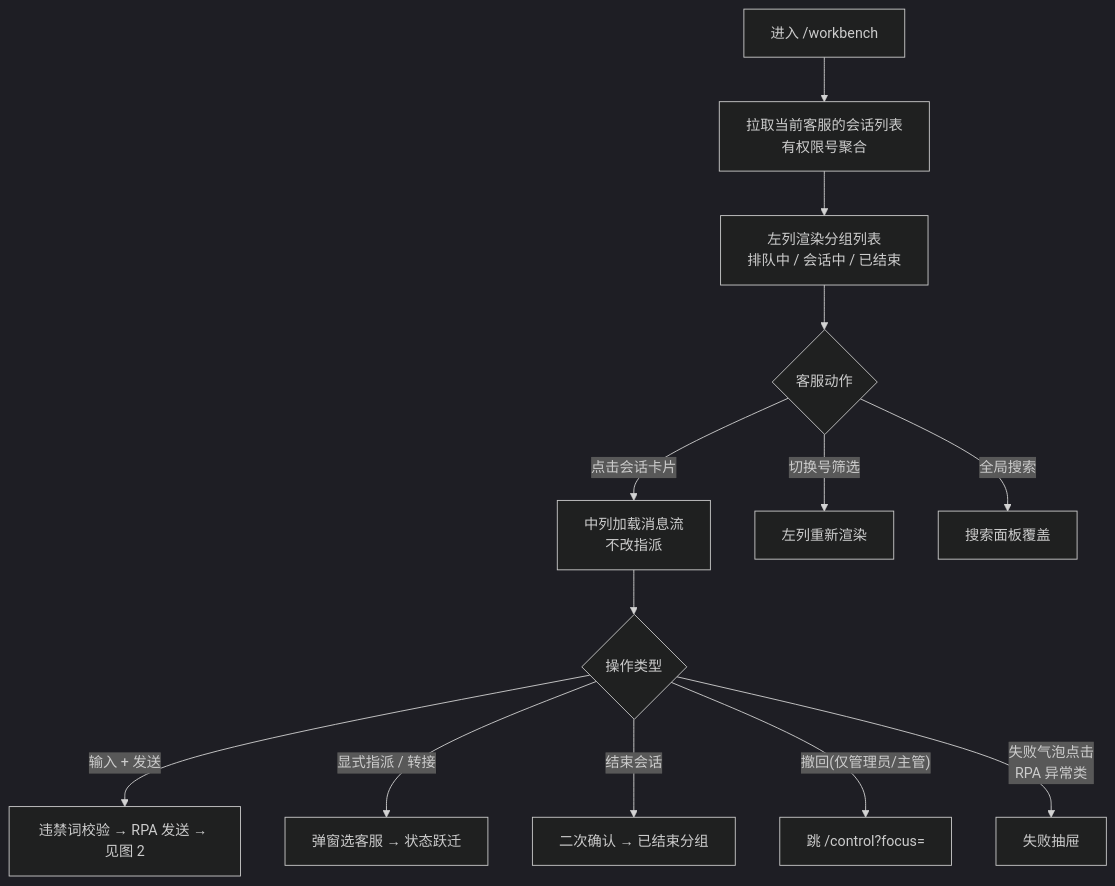
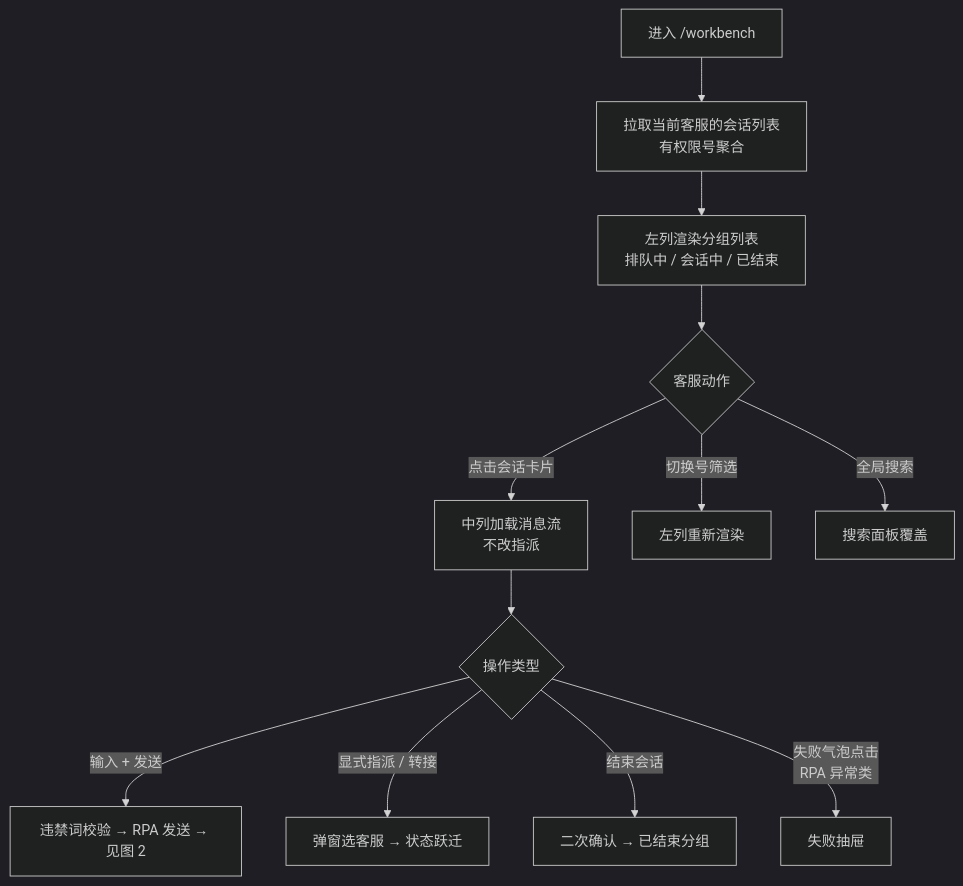
The third of 6 diagrams in project/domains/chat-workbench/design.md (yan-pang/VIP), drawn with Mermaid (dark theme) before and after one commit. The commit also changed other lines of this file and 27 other files, not shown here.

````diff
--- a/project/domains/chat-workbench/design.md
+++ b/project/domains/chat-workbench/design.md
@@ -466,15 +478,14 @@
 ```mermaid
 graph TD
     A[进入 /workbench] --> B[拉取当前客服的会话列表<br/>有权限号聚合]
     B --> C[左列渲染分组列表<br/>排队中 / 会话中 / 已结束]
     C --> D{客服动作}
     D -- 点击会话卡片 --> E[中列加载消息流<br/>不改指派]
     D -- 切换号筛选 --> F[左列重新渲染]
     D -- 全局搜索 --> G[搜索面板覆盖]
     E --> H{操作类型}
     H -- 输入 + 发送 --> I[违禁词校验 → RPA 发送 → 见图 2]
     H -- 显式指派 / 转接 --> J[弹窗选客服 → 状态跃迁]
     H -- 结束会话 --> K[二次确认 → 已结束分组]
-    H -- 撤回(仅管理员/主管) --> L[跳 /control?focus=]
     H -- 失败气泡点击<br/>RPA 异常类 --> M[失败抽屉]
 ```
````
